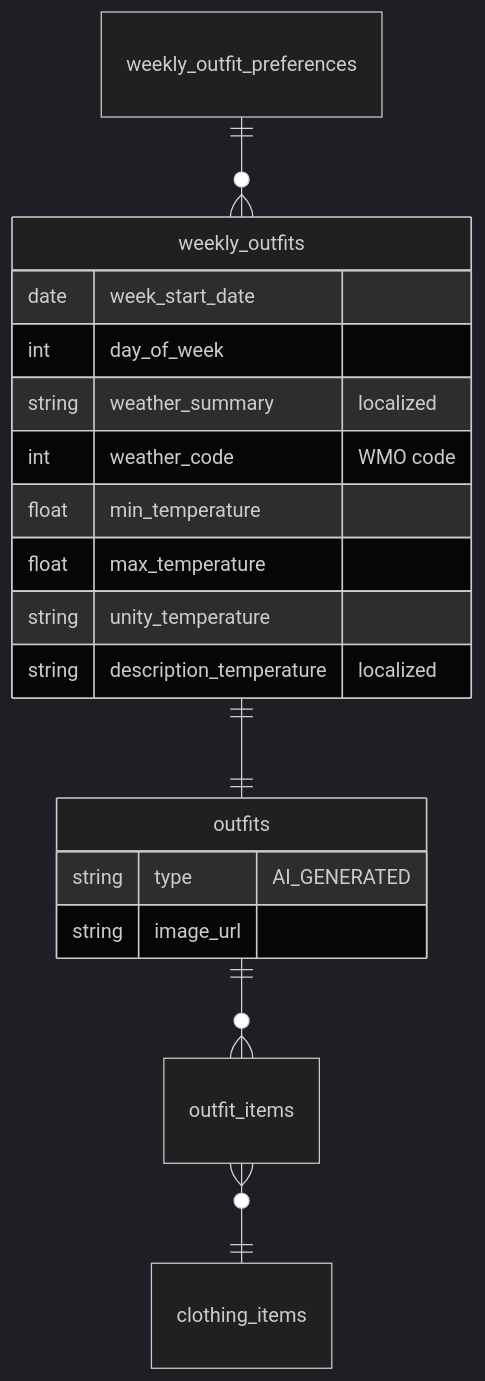
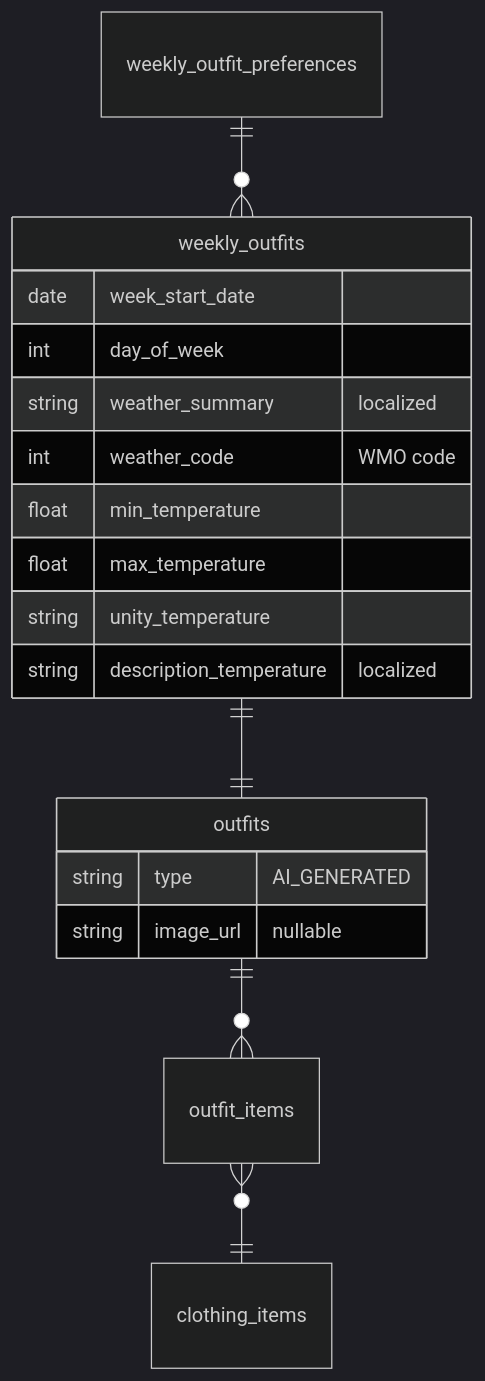
Before and after one commit to emmanuelviniciusdev/SkyDIIV--backstage: the second of 3 diagrams in apps/worker-ai-workflows/docs/WEEKLY_OUTFITS_WORKFLOW.md, drawn with Mermaid (dark theme). The commit also changed other lines of this file and 17 other files, not shown here.

````diff
--- a/apps/worker-ai-workflows/docs/WEEKLY_OUTFITS_WORKFLOW.md
+++ b/apps/worker-ai-workflows/docs/WEEKLY_OUTFITS_WORKFLOW.md
@@ -389,23 +349,23 @@
 ```mermaid
 erDiagram
     weekly_outfit_preferences ||--o{ weekly_outfits : ""
     weekly_outfits ||--|| outfits : ""
     outfits ||--o{ outfit_items : ""
     outfit_items }o--|| clothing_items : ""
 
     weekly_outfits {
         date week_start_date
         int day_of_week
         string weather_summary "localized"
         int weather_code "WMO code"
         float min_temperature
         float max_temperature
         string unity_temperature
         string description_temperature "localized"
     }
 
     outfits {
         string type "AI_GENERATED"
-        string image_url
+        string image_url "nullable"
     }
 ```
````
